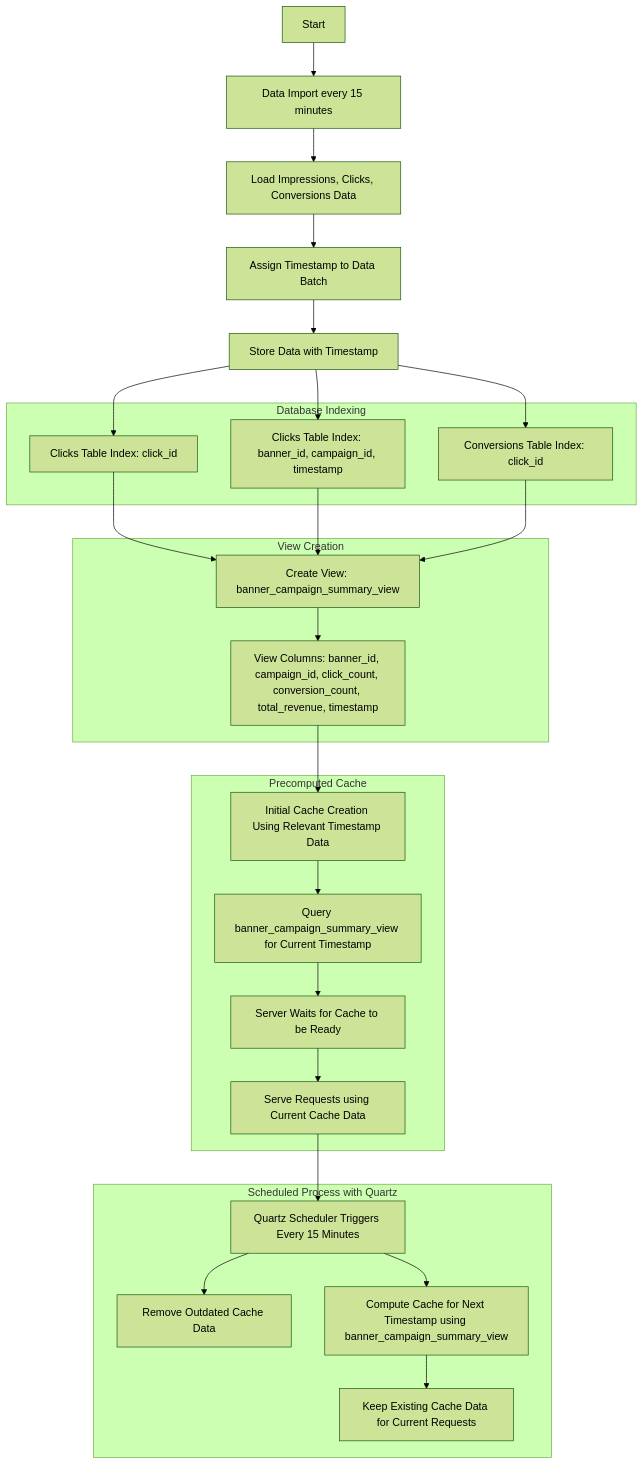
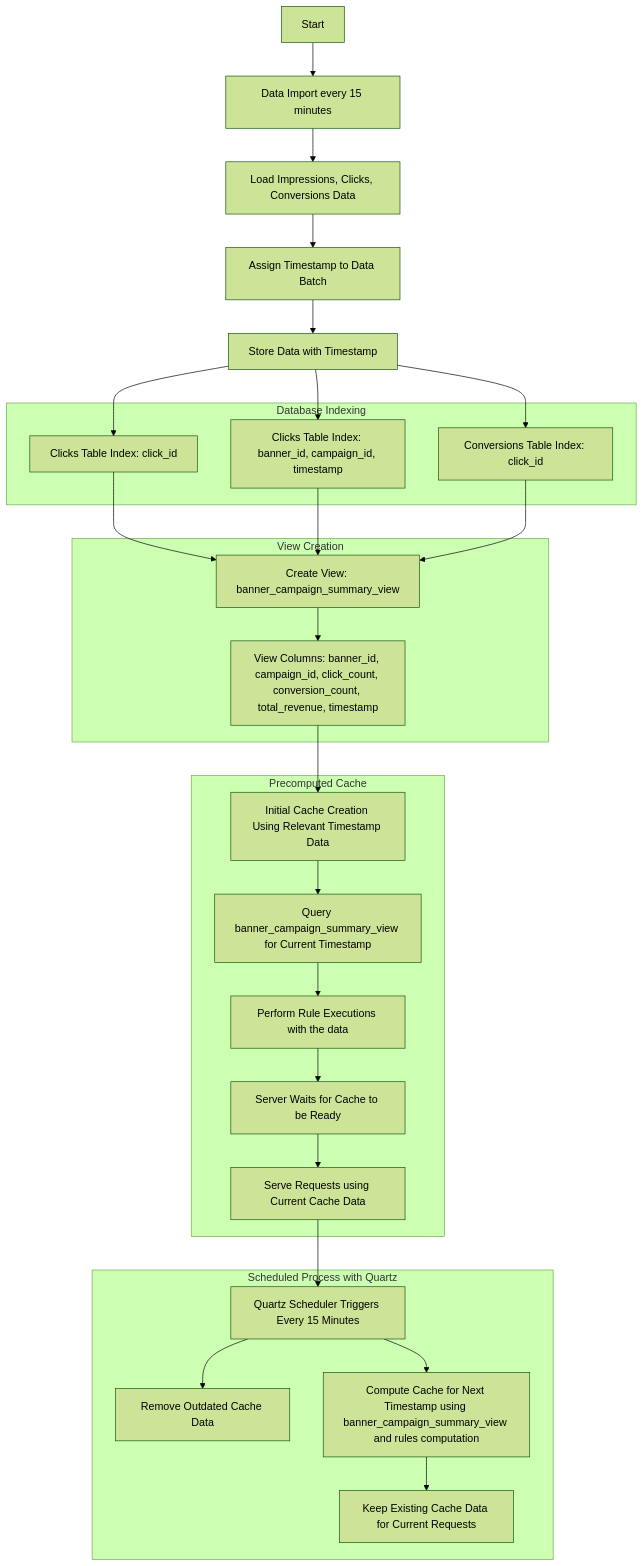
Before and after one commit to DataChefHQ/THA_viswaraj-ramji: the first of 2 diagrams in README.md, drawn with Mermaid (forest theme).

````diff
--- a/README.md
+++ b/README.md
@@ -133,51 +133,53 @@
 ```mermaid
 graph TD
     A[Start] --> B[Data Import every 15 minutes]
     B --> C[Load Impressions, Clicks, Conversions Data]
     C --> D[Assign Timestamp to Data Batch]
     D --> E[Store Data with Timestamp]
 
     subgraph Database Indexing
         F1[Clicks Table Index: click_id]
         F2[Clicks Table Index: banner_id, campaign_id, timestamp]
         F3[Conversions Table Index: click_id]
     end
 
     E --> F1
     E --> F2
     E --> F3
 
     subgraph View Creation
         G1[Create View: banner_campaign_summary_view]
         G2[View Columns: banner_id, campaign_id, click_count, conversion_count, total_revenue, timestamp]
     end
 
     F1 --> G1
     F2 --> G1
     F3 --> G1
     G1 --> G2
 
     subgraph Precomputed Cache
         H1[Initial Cache Creation Using Relevant Timestamp Data]
         H2[Query banner_campaign_summary_view for Current Timestamp]
-        H3[Server Waits for Cache to be Ready]
-        H4[Serve Requests using Current Cache Data]
+        H3[Perform Rule Executions with the data]
+        H4[Server Waits for Cache to be Ready]
+        H5[Serve Requests using Current Cache Data]
     end
 
     G2 --> H1
     H1 --> H2
     H2 --> H3
     H3 --> H4
+    H4 --> H5
 
     subgraph Scheduled Process with Quartz
         I1[Quartz Scheduler Triggers Every 15 Minutes]
         I2[Remove Outdated Cache Data]
-        I3[Compute Cache for Next Timestamp using banner_campaign_summary_view]
+        I3[Compute Cache for Next Timestamp using banner_campaign_summary_view and rules computation]
         I4[Keep Existing Cache Data for Current Requests]
     end
 
-    H4 --> I1
+    H5 --> I1
     I1 --> I2
     I1 --> I3
     I3 --> I4
 ```
````
